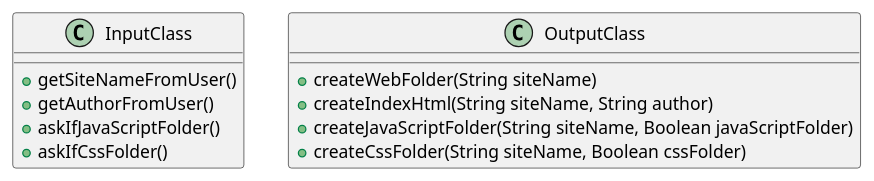
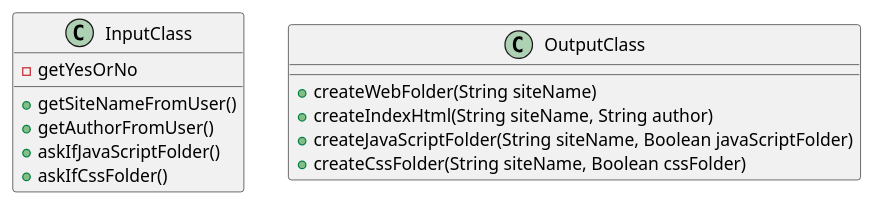
One commit to BlakeLoch/lochmandy-a04 changed the diagram in exercise43/docs/Class Diagram.puml. Above: the diagram before and after it, drawn with PlantUML. The commit also changed 5 other files, not shown here.

```diff
--- a/exercise43/docs/Class Diagram.puml
+++ b/exercise43/docs/Class Diagram.puml
@@ -1,18 +1,19 @@
 @startuml
 
 class InputClass {
   +getSiteNameFromUser()
   +getAuthorFromUser()
   +askIfJavaScriptFolder()
   +askIfCssFolder()
+  -getYesOrNo
 }
 
 
 class OutputClass {
   +createWebFolder(String siteName)
   +createIndexHtml(String siteName, String author)
   +createJavaScriptFolder(String siteName, Boolean javaScriptFolder)
   +createCssFolder(String siteName, Boolean cssFolder)
 }
 
 @enduml
```
